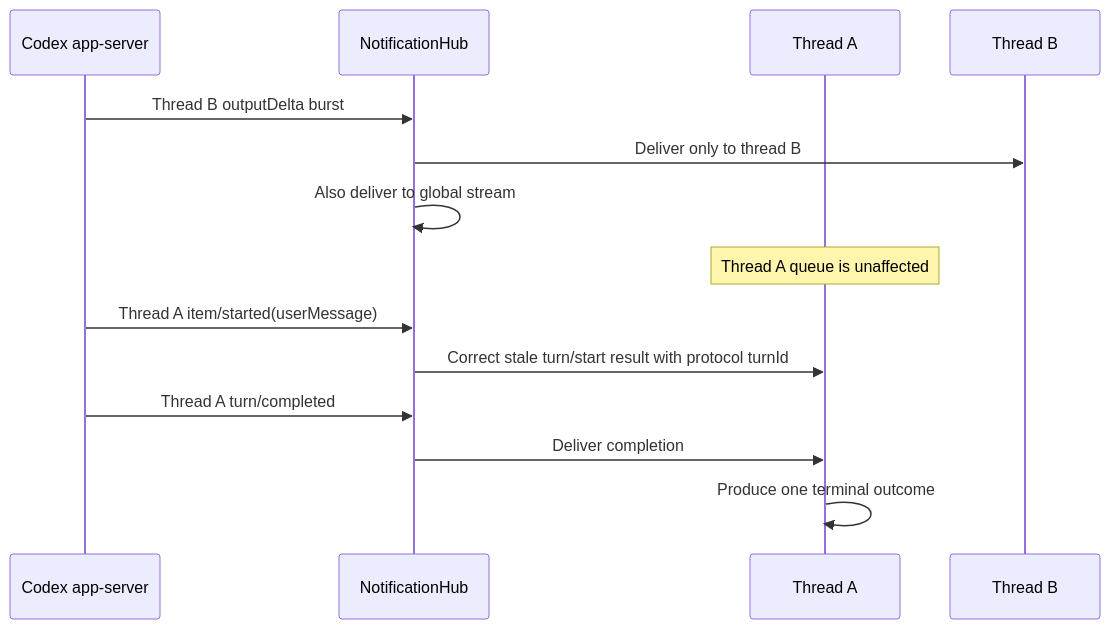
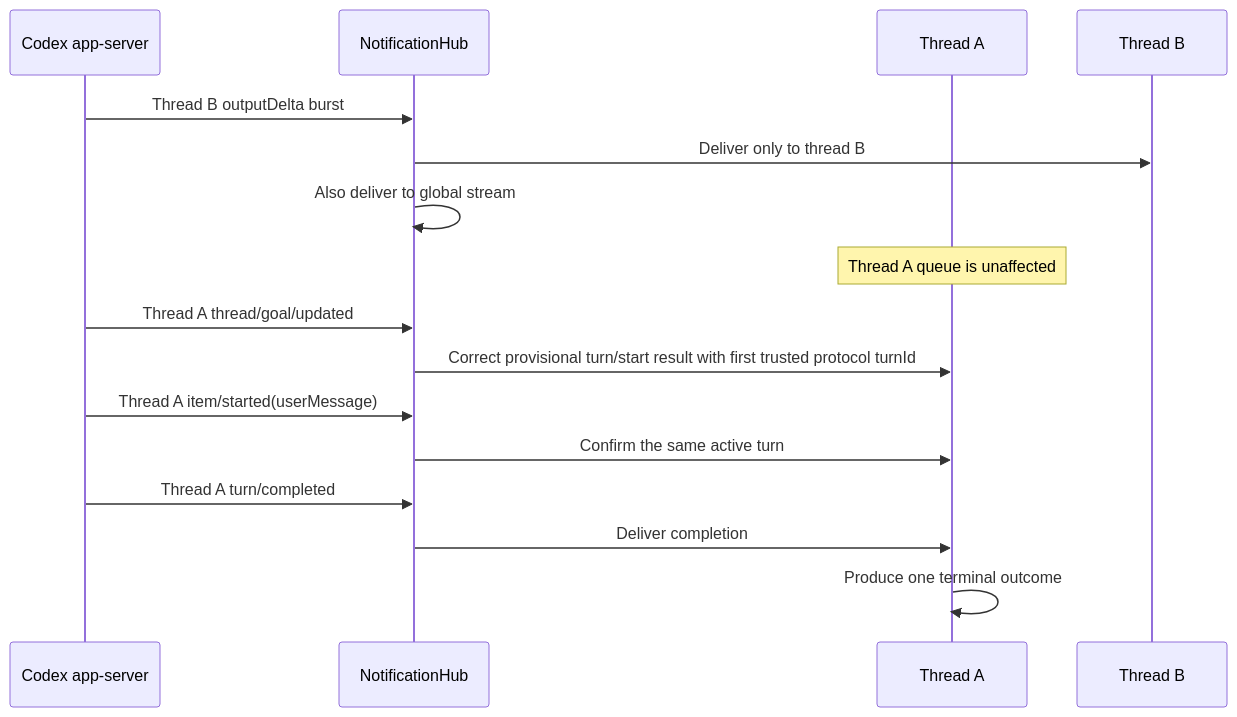
Before and after one commit to wecode-ai/wegent-docs: the second of 2 diagrams in docs/architecture/codex-notification-routing.md, drawn with Mermaid. The commit also changed other lines of this file and 1 other file, not shown here.

Commit message:
Sync documentation from main Wegent repository

````diff
--- a/docs/architecture/codex-notification-routing.md
+++ b/docs/architecture/codex-notification-routing.md
@@ -28,16 +28,18 @@
 ```mermaid
 sequenceDiagram
     participant C as Codex app-server
     participant H as NotificationHub
     participant A as Thread A
     participant B as Thread B
     C->>H: Thread B outputDelta burst
     H->>B: Deliver only to thread B
     H->>H: Also deliver to global stream
     Note over A: Thread A queue is unaffected
+    C->>H: Thread A thread/goal/updated
+    H->>A: Correct provisional turn/start result with first trusted protocol turnId
     C->>H: Thread A item/started(userMessage)
-    H->>A: Correct stale turn/start result with protocol turnId
+    H->>A: Confirm the same active turn
     C->>H: Thread A turn/completed
     H->>A: Deliver completion
     A->>A: Produce one terminal outcome
 ```
````
